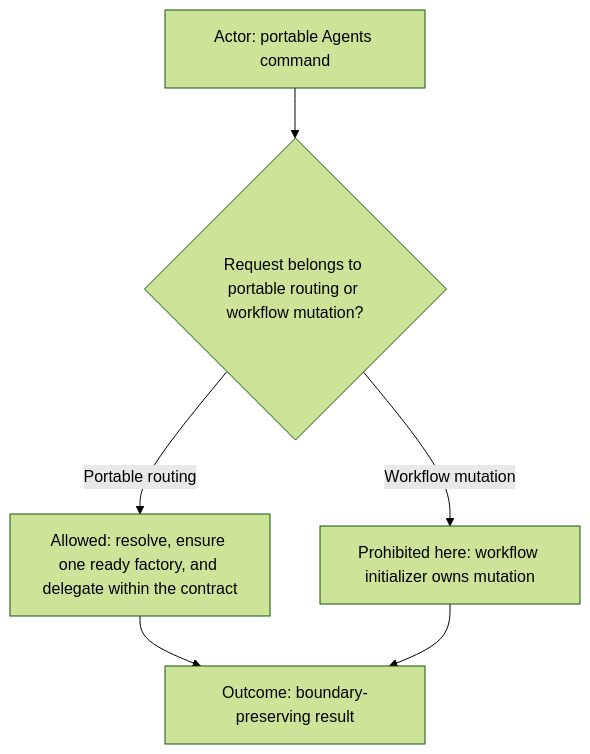
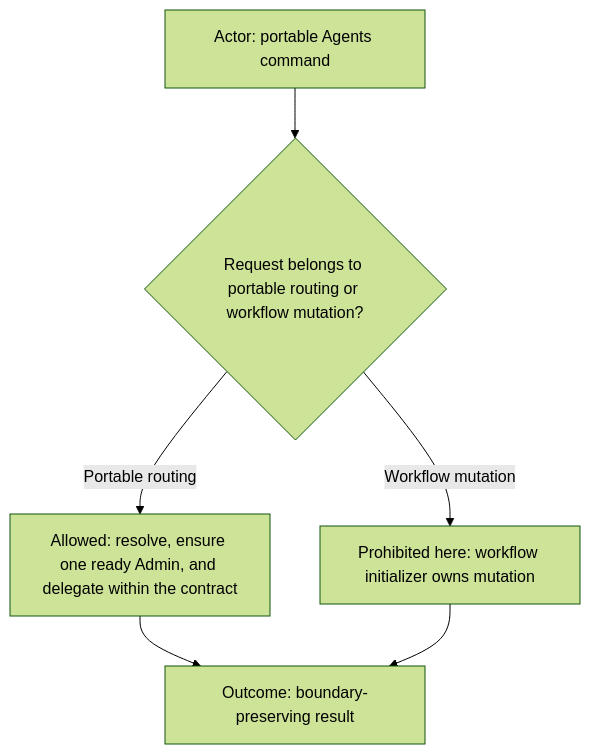
Diagram 13 of 13 in agents/agents.command.md (starodubtsevconsulting/ai-commands), drawn with Mermaid (forest theme) before and after one commit. The commit also changed other lines of this file and 1 other file, not shown here.

Commit message:
agents: publish Admin routing hardening

````diff
--- a/agents/agents.command.md
+++ b/agents/agents.command.md
@@ -213,9 +321,9 @@
 ```mermaid
 flowchart TD
   Actor["Actor: portable Agents command"]
   Actor --> Decision{"Request belongs to portable routing or workflow mutation?"}
-  Decision -->|Portable routing| Allow["Allowed: resolve, ensure one ready factory, and delegate within the contract"]
+  Decision -->|Portable routing| Allow["Allowed: resolve, ensure one ready Admin, and delegate within the contract"]
   Decision -->|Workflow mutation| Block["Prohibited here: workflow initializer owns mutation"]
   Allow --> Outcome["Outcome: boundary-preserving result"]
   Block --> Outcome
 ```
````
